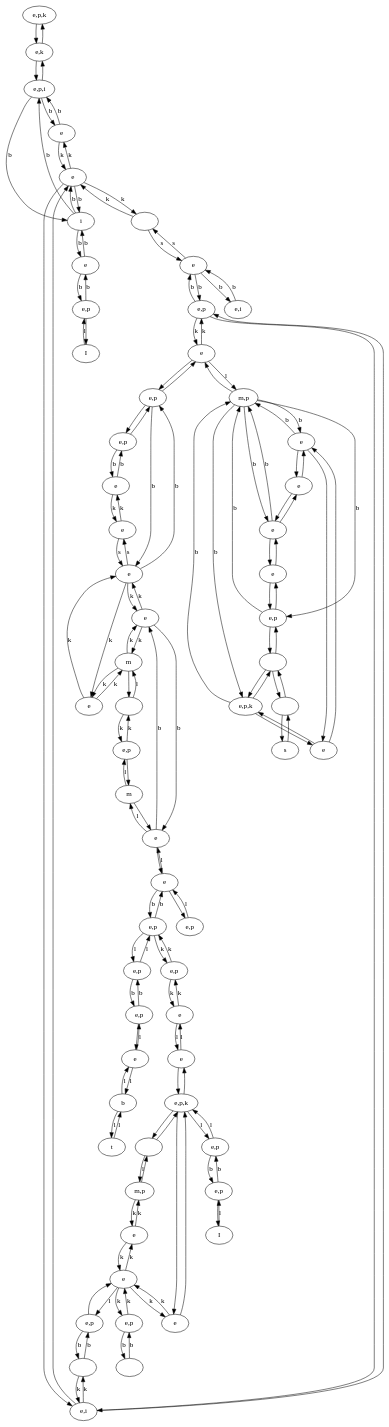
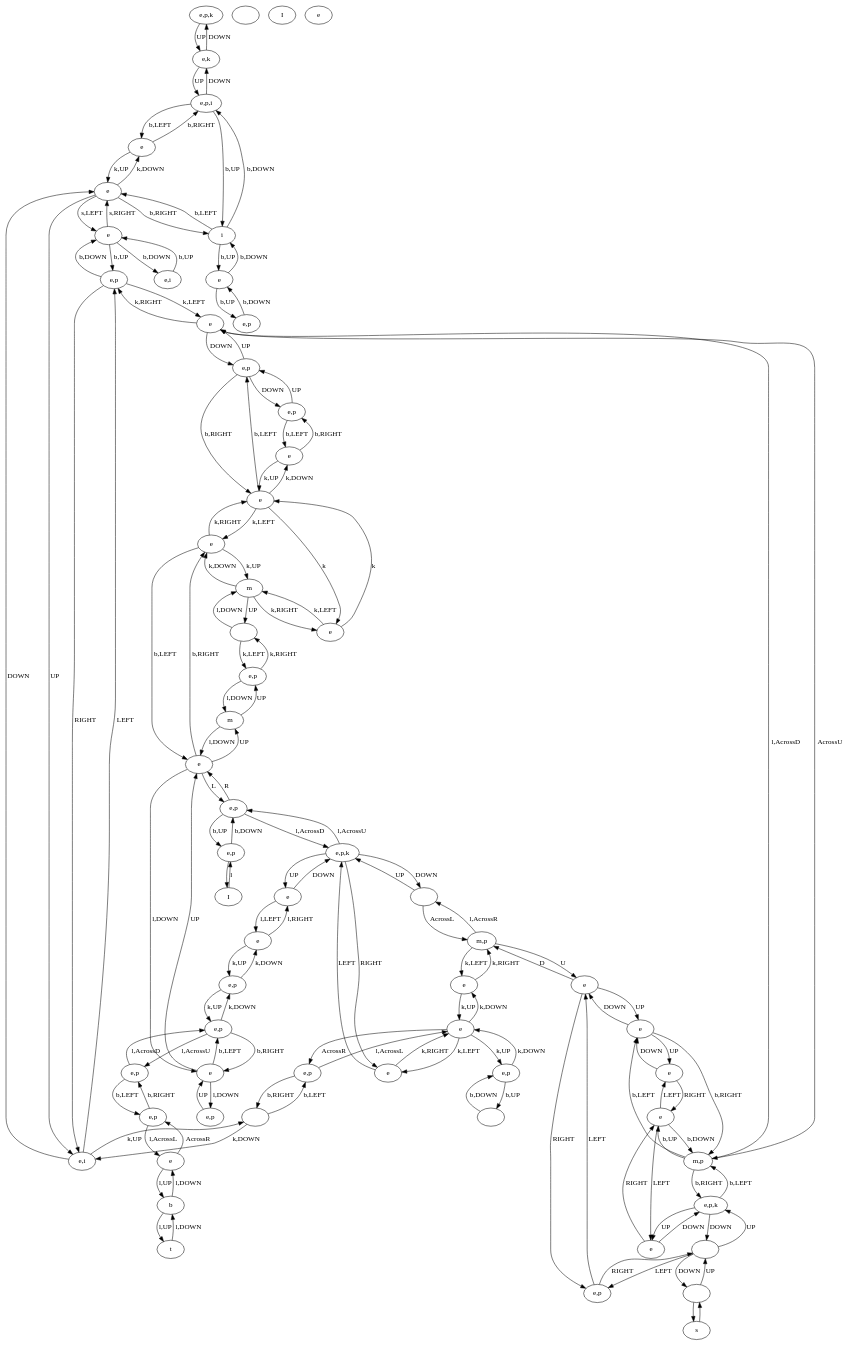
One commit to schrum2/GameGAN changed the diagram in data/VGLC/Zelda/Graph Processed/LoZ_9.dot. Above: the diagram before and after it, drawn with Graphviz. The commit also changed 596 other files, not shown here.

```diff
--- a/data/VGLC/Zelda/Graph Processed/LoZ_9.dot
+++ b/data/VGLC/Zelda/Graph Processed/LoZ_9.dot
@@ -15,8 +15,7 @@
 13 [label="e"]
 14 [label="b"]
 15 [label="e"]
-16 [label="e,p,k
-"]
+16 [label="e,p,k"]
 17 [label="e,p"]
 18 [label=""]
 19 [label="e"]
@@ -62,148 +61,144 @@
 59 [label="e"]
 60 [label="e,k"]
 61 [label="m"]
-39 -> 35 [label=""]
-35 -> 39 [label=""]
-39 -> 31 [label=""]
-31 -> 39 [label=""]
+39 -> 35 [label="LEFT"]
+35 -> 39 [label="RIGHT"]
+39 -> 31 [label="RIGHT"]
+31 -> 39 [label="LEFT"]
 29 -> 30 [label=""]
 30 -> 29 [label=""]
-30 -> 31 [label=""]
-31 -> 30 [label=""]
-44 -> 46 [label=""]
-46 -> 44 [label=""]
-47 -> 46 [label=""]
-46 -> 47 [label=""]
-47 -> 50 [label=""]
-50 -> 47 [label=""]
-32 -> 50 [label=""]
-50 -> 32 [label=""]
-35 -> 32 [label=""]
-32 -> 35 [label=""]
-13 -> 16 [label=""]
-16 -> 13 [label=""]
-5 -> 16 [label=""]
-16 -> 5 [label=""]
-16 -> 26 [label=""]
-26 -> 16 [label=""]
-49 -> 2 [label=""]
-2 -> 49 [label=""]
-17 -> 49 [label=""]
-49 -> 17 [label=""]
-37 -> 28 [label=""]
-28 -> 37 [label=""]
-28 -> 1 [label=""]
-1 -> 28 [label=""]
-33 -> 34 [label="k"]
-34 -> 33 [label="k"]
-13 -> 41 [label="k"]
-41 -> 13 [label="k"]
-34 -> 41 [label="k"]
-41 -> 34 [label="k"]
-41 -> 42 [label="k"]
-42 -> 41 [label="k"]
-11 -> 36 [label="k"]
-36 -> 11 [label="k"]
-11 -> 57 [label="k"]
-57 -> 11 [label="k"]
-4 -> 21 [label="k"]
-21 -> 4 [label="k"]
-28 -> 27 [label="k"]
-27 -> 28 [label="k"]
-1 -> 2 [label="k"]
-2 -> 1 [label="k"]
-24 -> 61 [label="k"]
-61 -> 24 [label="k"]
+30 -> 31 [label="UP"]
+31 -> 30 [label="DOWN"]
+44 -> 46 [label="UP"]
+46 -> 44 [label="DOWN"]
+47 -> 46 [label="LEFT"]
+46 -> 47 [label="RIGHT"]
+47 -> 50 [label="LEFT"]
+50 -> 47 [label="RIGHT"]
+32 -> 50 [label="UP"]
+50 -> 32 [label="DOWN"]
+35 -> 32 [label="UP"]
+32 -> 35 [label="DOWN"]
+13 -> 16 [label="LEFT"]
+16 -> 13 [label="RIGHT"]
+5 -> 16 [label="UP"]
+16 -> 5 [label="DOWN"]
+16 -> 26 [label="UP"]
+26 -> 16 [label="DOWN"]
+49 -> 2 [label="UP"]
+2 -> 49 [label="DOWN"]
+17 -> 49 [label="UP"]
+49 -> 17 [label="DOWN"]
+37 -> 28 [label="UP"]
+28 -> 37 [label="DOWN"]
+28 -> 1 [label="LEFT"]
+1 -> 28 [label="RIGHT"]
+33 -> 34 [label="k,LEFT"]
+34 -> 33 [label="k,RIGHT"]
+13 -> 41 [label="k,RIGHT"]
+41 -> 13 [label="k,LEFT"]
+34 -> 41 [label="k,UP"]
+41 -> 34 [label="k,DOWN"]
+41 -> 42 [label="k,UP"]
+42 -> 41 [label="k,DOWN"]
+11 -> 36 [label="k,DOWN"]
+36 -> 11 [label="k,UP"]
+11 -> 57 [label="k,UP"]
+57 -> 11 [label="k,DOWN"]
+4 -> 21 [label="k,LEFT"]
+21 -> 4 [label="k,RIGHT"]
+28 -> 27 [label="k,UP"]
+27 -> 28 [label="k,DOWN"]
+1 -> 2 [label="k,LEFT"]
+2 -> 1 [label="k,RIGHT"]
+24 -> 61 [label="k,LEFT"]
+61 -> 24 [label="k,RIGHT"]
 24 -> 6 [label="k"]
 6 -> 24 [label="k"]
-3 -> 6 [label="k"]
-6 -> 3 [label="k"]
-3 -> 61 [label="k"]
-61 -> 3 [label="k"]
-20 -> 19 [label="k"]
-19 -> 20 [label="k"]
-39 -> 45 [label="b"]
-45 -> 39 [label="b"]
-44 -> 45 [label="b"]
-45 -> 44 [label="b"]
-45 -> 47 [label="b"]
-47 -> 45 [label="b"]
-45 -> 32 [label="b"]
-32 -> 45 [label="b"]
-57 -> 52 [label="b"]
-52 -> 57 [label="b"]
-59 -> 3 [label="b"]
-3 -> 59 [label="b"]
-55 -> 56 [label="b"]
-56 -> 55 [label="b"]
-22 -> 23 [label="b"]
-23 -> 22 [label="b"]
-58 -> 27 [label="b"]
-27 -> 58 [label="b"]
-48 -> 12 [label="b"]
-12 -> 48 [label="b"]
-12 -> 1 [label="b"]
-1 -> 12 [label="b"]
-42 -> 18 [label="b"]
-18 -> 42 [label="b"]
-43 -> 40 [label="b"]
-40 -> 43 [label="b"]
-40 -> 54 [label="b"]
-54 -> 40 [label="b"]
-54 -> 37 [label="b"]
-37 -> 54 [label="b"]
-54 -> 38 [label="b"]
-38 -> 54 [label="b"]
-38 -> 53 [label="b"]
-53 -> 38 [label="b"]
-40 -> 60 [label=""]
-60 -> 40 [label=""]
-0 -> 60 [label=""]
-60 -> 0 [label=""]
-43 -> 37 [label="k"]
-37 -> 43 [label="k"]
-37 -> 7 [label="k"]
-7 -> 37 [label="k"]
-52 -> 25 [label=""]
-25 -> 52 [label="l"]
-59 -> 52 [label=""]
-52 -> 59 [label="l"]
-51 -> 59 [label=""]
-59 -> 51 [label="l"]
-61 -> 4 [label=""]
-4 -> 61 [label="l"]
-31 -> 44 [label=""]
-44 -> 31 [label=""]
-53 -> 8 [label=""]
-8 -> 53 [label="l"]
+3 -> 6 [label="k,RIGHT"]
+6 -> 3 [label="k,LEFT"]
+3 -> 61 [label="k,UP"]
+61 -> 3 [label="k,DOWN"]
+20 -> 6 [label="k,UP"]
+6 -> 20 [label="k,DOWN"]
+44 -> 45 [label="b,LEFT"]
+45 -> 44 [label="b,RIGHT"]
+45 -> 47 [label="b,UP"]
+47 -> 45 [label="b,DOWN"]
+45 -> 32 [label="b,LEFT"]
+32 -> 45 [label="b,RIGHT"]
+57 -> 52 [label="b,RIGHT"]
+52 -> 57 [label="b,LEFT"]
+59 -> 3 [label="b,RIGHT"]
+3 -> 59 [label="b,LEFT"]
+55 -> 56 [label="b,UP"]
+56 -> 55 [label="b,DOWN"]
+22 -> 23 [label="b,RIGHT"]
+23 -> 22 [label="b,LEFT"]
+58 -> 27 [label="b,RIGHT"]
+27 -> 58 [label="b,LEFT"]
+48 -> 12 [label="b,UP"]
+12 -> 48 [label="b,DOWN"]
+12 -> 1 [label="b,UP"]
+1 -> 12 [label="b,DOWN"]
+42 -> 18 [label="b,UP"]
+18 -> 42 [label="b,DOWN"]
+43 -> 40 [label="b,RIGHT"]
+40 -> 43 [label="b,LEFT"]
+40 -> 54 [label="b,UP"]
+54 -> 40 [label="b,DOWN"]
+54 -> 37 [label="b,LEFT"]
+37 -> 54 [label="b,RIGHT"]
+54 -> 38 [label="b,UP"]
+38 -> 54 [label="b,DOWN"]
+38 -> 53 [label="b,UP"]
+53 -> 38 [label="b,DOWN"]
+40 -> 60 [label="DOWN"]
+60 -> 40 [label="UP"]
+0 -> 60 [label="UP"]
+60 -> 0 [label="DOWN"]
+43 -> 37 [label="k,UP"]
+37 -> 43 [label="k,DOWN"]
+52 -> 25 [label="l,DOWN"]
+25 -> 52 [label="UP"]
+59 -> 52 [label="l,DOWN"]
+52 -> 59 [label="UP"]
+51 -> 59 [label="l,DOWN"]
+59 -> 51 [label="UP"]
+61 -> 4 [label="UP"]
+4 -> 61 [label="l,DOWN"]
+31 -> 44 [label="UP"]
+44 -> 31 [label="DOWN"]
 56 -> 9 [label=""]
 9 -> 56 [label="l"]
-21 -> 51 [label=""]
-51 -> 21 [label="l"]
-26 -> 36 [label="l"]
-36 -> 26 [label="l"]
-15 -> 14 [label="l"]
-14 -> 15 [label="l"]
-14 -> 10 [label="l"]
-10 -> 14 [label="l"]
-58 -> 41 [label=""]
-41 -> 58 [label="l"]
-33 -> 5 [label=""]
-5 -> 33 [label="l"]
-55 -> 16 [label="l"]
-16 -> 55 [label="l"]
-57 -> 23 [label="l"]
-23 -> 57 [label="l"]
-15 -> 22 [label="l"]
-22 -> 15 [label=""]
-45 -> 2 [label=""]
-2 -> 45 [label="l"]
-12 -> 7 [label="s"]
-7 -> 12 [label="s"]
-19 -> 6 [label="s"]
-6 -> 19 [label="s"]
-49 -> 6 [label="b"]
-6 -> 49 [label="b"]
-20 -> 17 [label="b"]
-17 -> 20 [label="b"]
+21 -> 51 [label="l,DOWN"]
+51 -> 21 [label="UP"]
+26 -> 36 [label="l,LEFT"]
+36 -> 26 [label="l,RIGHT"]
+15 -> 14 [label="l,UP"]
+14 -> 15 [label="l,DOWN"]
+14 -> 10 [label="l,UP"]
+10 -> 14 [label="l,DOWN"]
+58 -> 41 [label="l,AcrossL"]
+41 -> 58 [label="AcrossR"]
+33 -> 5 [label="l,AcrossR"]
+5 -> 33 [label="AcrossL"]
+55 -> 16 [label="l,AcrossD"]
+16 -> 55 [label="l,AcrossU"]
+57 -> 23 [label="l,AcrossU"]
+23 -> 57 [label="l,AcrossD"]
+15 -> 22 [label="AcrossR"]
+22 -> 15 [label="l,AcrossL"]
+45 -> 2 [label="l,AcrossD"]
+2 -> 45 [label="AcrossU"]
+12 -> 37 [label="s,RIGHT"]
+37 -> 12 [label="s,LEFT"]
+49 -> 6 [label="b,RIGHT"]
+6 -> 49 [label="b,LEFT"]
+20 -> 17 [label="b,RIGHT"]
+17 -> 20 [label="b,LEFT"]
+55 -> 59 [label="R"]
+59 -> 55 [label="L"]
+35 -> 33 [label="D"]
+33 -> 35 [label="U"]
 }
```
